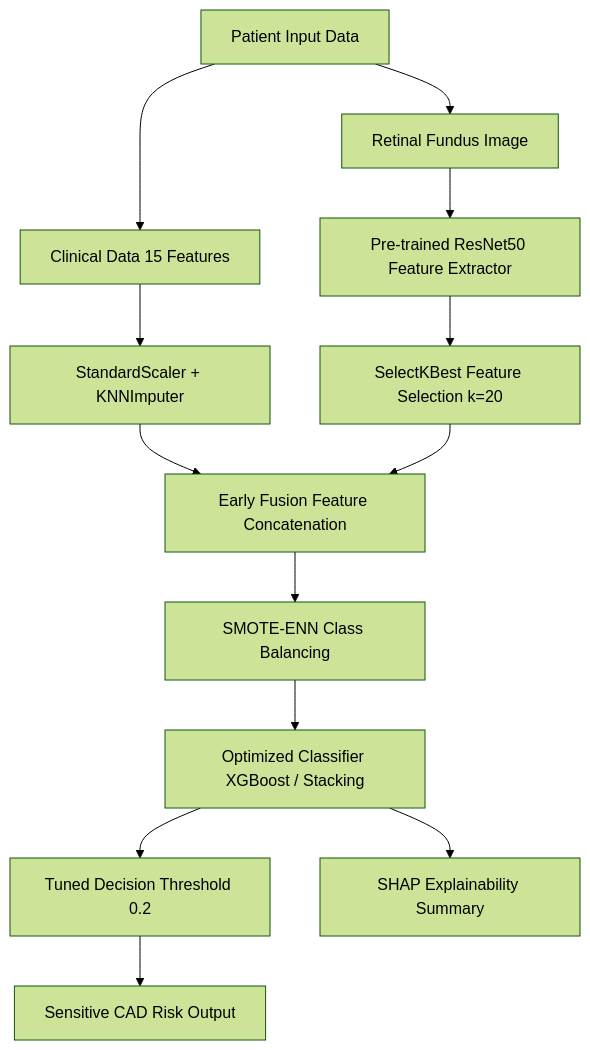
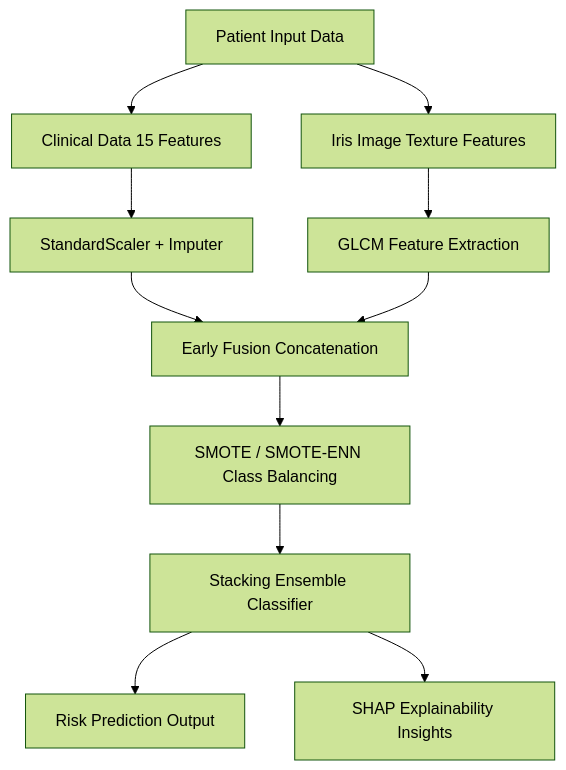
One commit to Yashpatel1078/CAD-Prediction-using-Machine-Learning changed the diagram in README.md. Above: the diagram before and after it, drawn with Mermaid (forest theme). The commit also changed other lines of this file, not shown here.

Commit message:
docs: align README architecture diagram and metrics with VIT paper specs

````diff
--- a/README.md
+++ b/README.md
@@ -16,15 +15,13 @@
 ```mermaid
 graph TD
     A[Patient Input Data] --> B[Clinical Data 15 Features]
-    A --> C[Retinal Fundus Image]
-    B --> D[StandardScaler + KNNImputer]
-    C --> E[Pre-trained ResNet50 Feature Extractor]
-    E --> F[SelectKBest Feature Selection k=20]
-    D --> G[Early Fusion Feature Concatenation]
-    F --> G
-    G --> H[SMOTE-ENN Class Balancing]
-    H --> I[Optimized Classifier XGBoost / Stacking]
-    I --> J[Tuned Decision Threshold 0.2]
-    J --> K[Sensitive CAD Risk Output]
-    I --> L[SHAP Explainability Summary]
+    A --> C[Iris Image Texture Features]
+    B --> D[StandardScaler + Imputer]
+    C --> E[GLCM Feature Extraction]
+    D --> F[Early Fusion Concatenation]
+    E --> F
+    F --> G[SMOTE / SMOTE-ENN Class Balancing]
+    G --> H[Stacking Ensemble Classifier]
+    H --> I[Risk Prediction Output]
+    H --> J[SHAP Explainability Insights]
 ```
````
